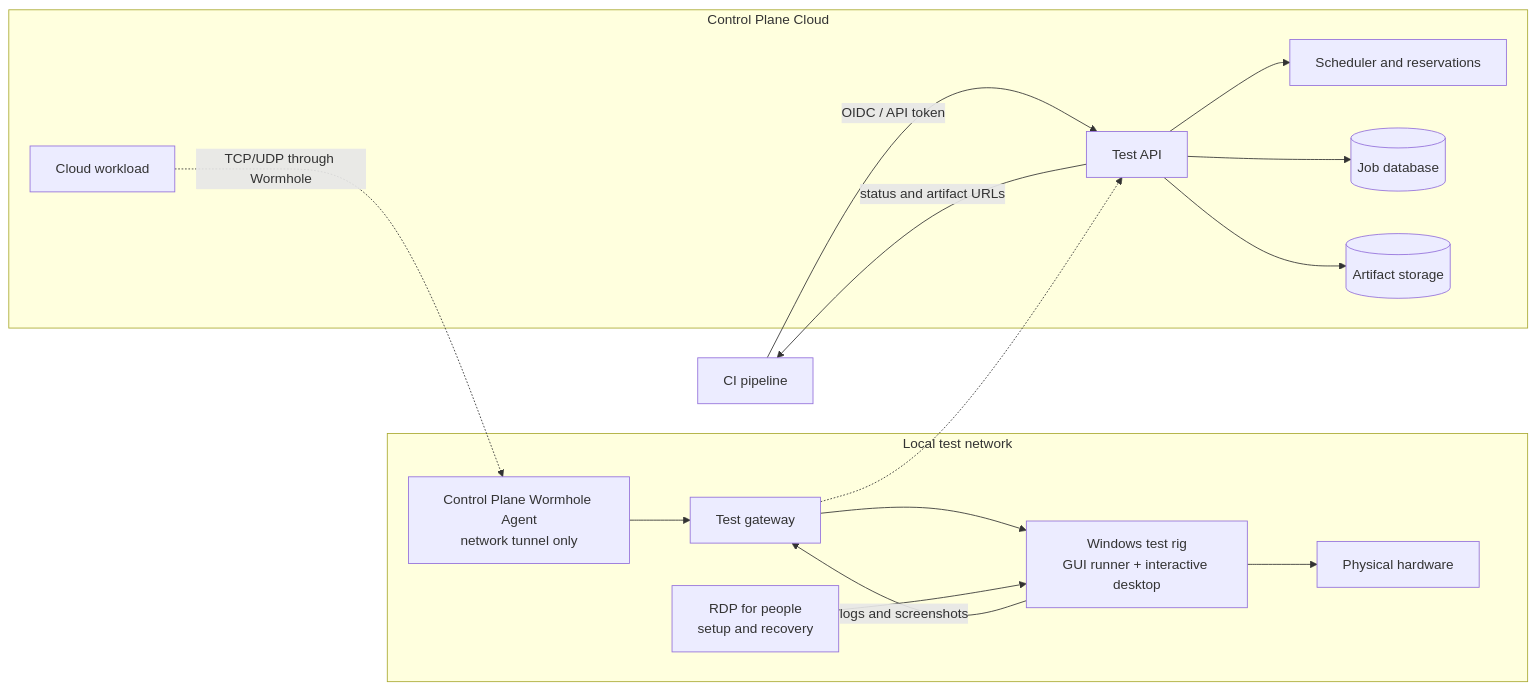
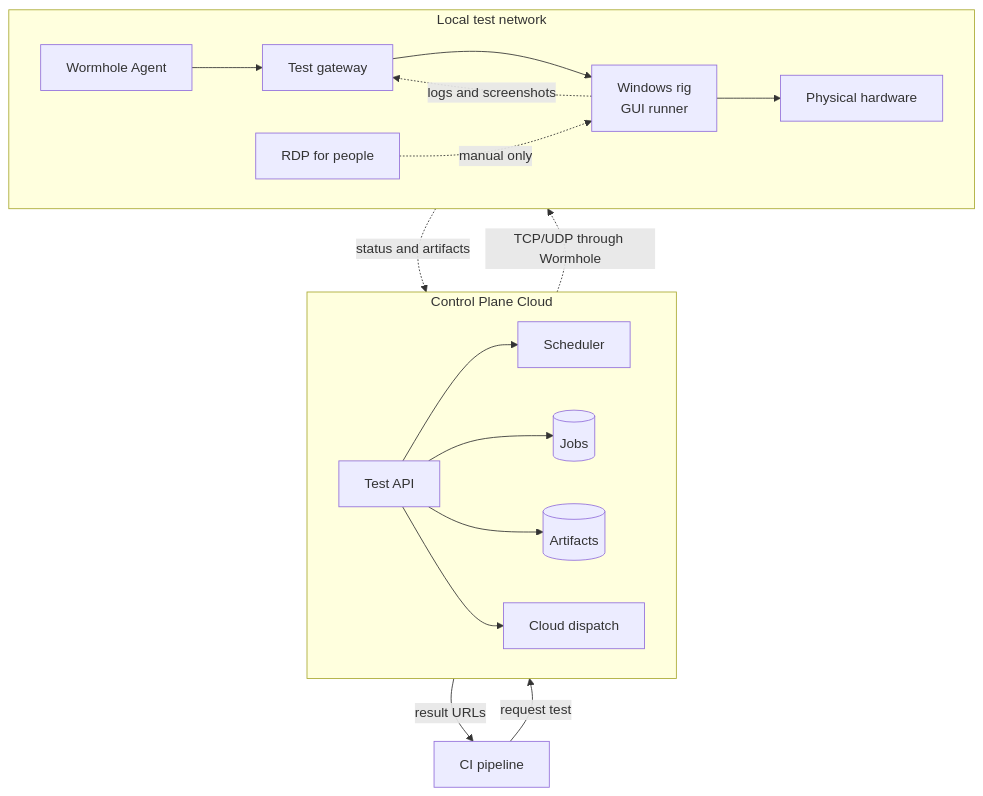
The diagram in README.md (joreichhardt/rtst-hw), drawn with Mermaid before and after one commit. The commit also changed other lines of this file and 2 other files, not shown here.

Commit message:
Clarify hybrid on-premises connectivity

````diff
--- a/README.md
+++ b/README.md
@@ -13,32 +13,25 @@
 ```mermaid
-flowchart LR
-  CI[CI pipeline] -->|OIDC / API token| API[Test API]
-  API --> SCH[Scheduler and reservations]
-  API --> DB[(Job database)]
-  API --> ART[(Artifact storage)]
+flowchart TB
+  CI[CI pipeline] -->|request test| API[Test API]
 
   subgraph Cloud[Control Plane Cloud]
-    API
-    SCH
-    DB
-    ART
-    CW[Cloud workload]
+    direction LR
+    API --> SCH[Scheduler]
+    API --> DB[(Jobs)]
+    API --> ART[(Artifacts)]
+    API --> CW[Cloud dispatch]
   end
 
   subgraph LAN[Local test network]
-    WH[Control Plane Wormhole Agent\nnetwork tunnel only]
-    GW[Test gateway]
-    WIN[Windows test rig\nGUI runner + interactive desktop]
-    HW[Physical hardware]
-    RDP[RDP for people\nsetup and recovery]
+    direction LR
+    WH[Wormhole Agent] --> GW[Test gateway]
+    GW --> WIN[Windows rig\nGUI runner]
+    WIN --> HW[Physical hardware]
+    RDP[RDP for people] -. manual only .-> WIN
   end
 
   CW -. TCP/UDP through Wormhole .-> WH
-  WH --> GW
-  GW --> WIN
-  WIN --> HW
-  RDP --> WIN
-  WIN -->|logs and screenshots| GW
-  GW -.-> API
-  API -->|status and artifact URLs| CI
+  WIN -. logs and screenshots .-> GW
+  GW -. status and artifacts .-> API
+  API -->|result URLs| CI
 ```
````
